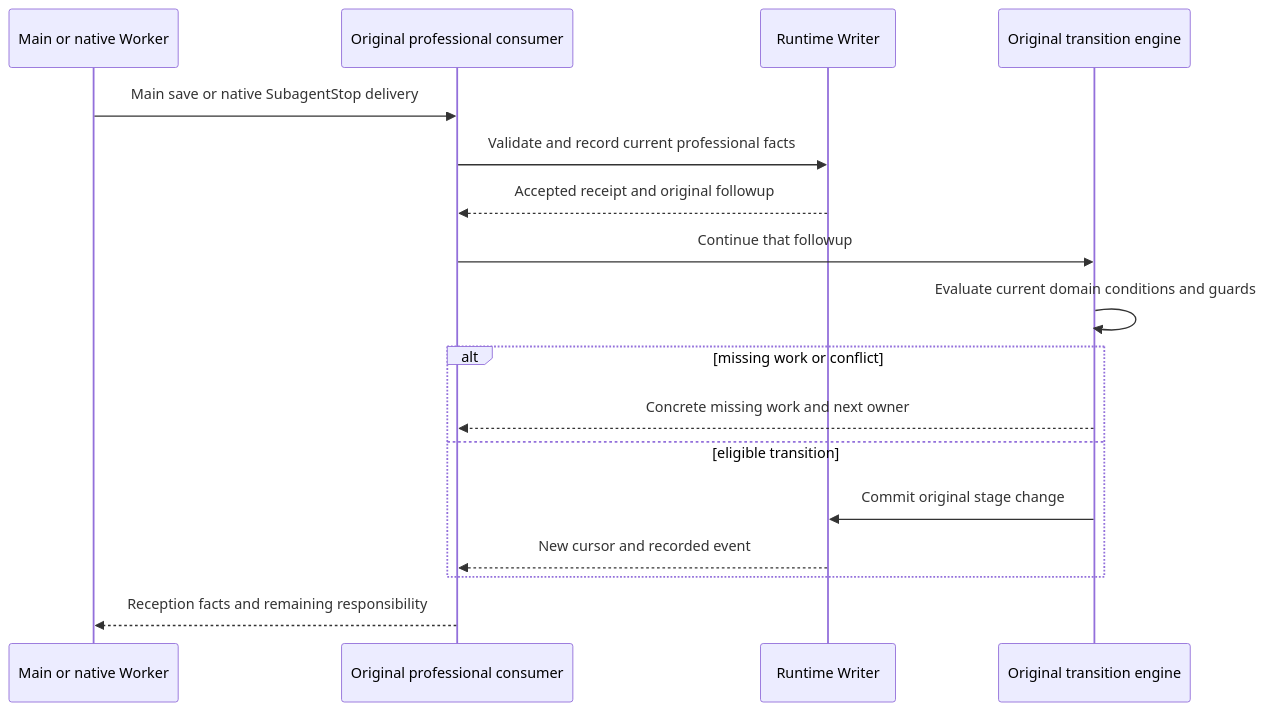
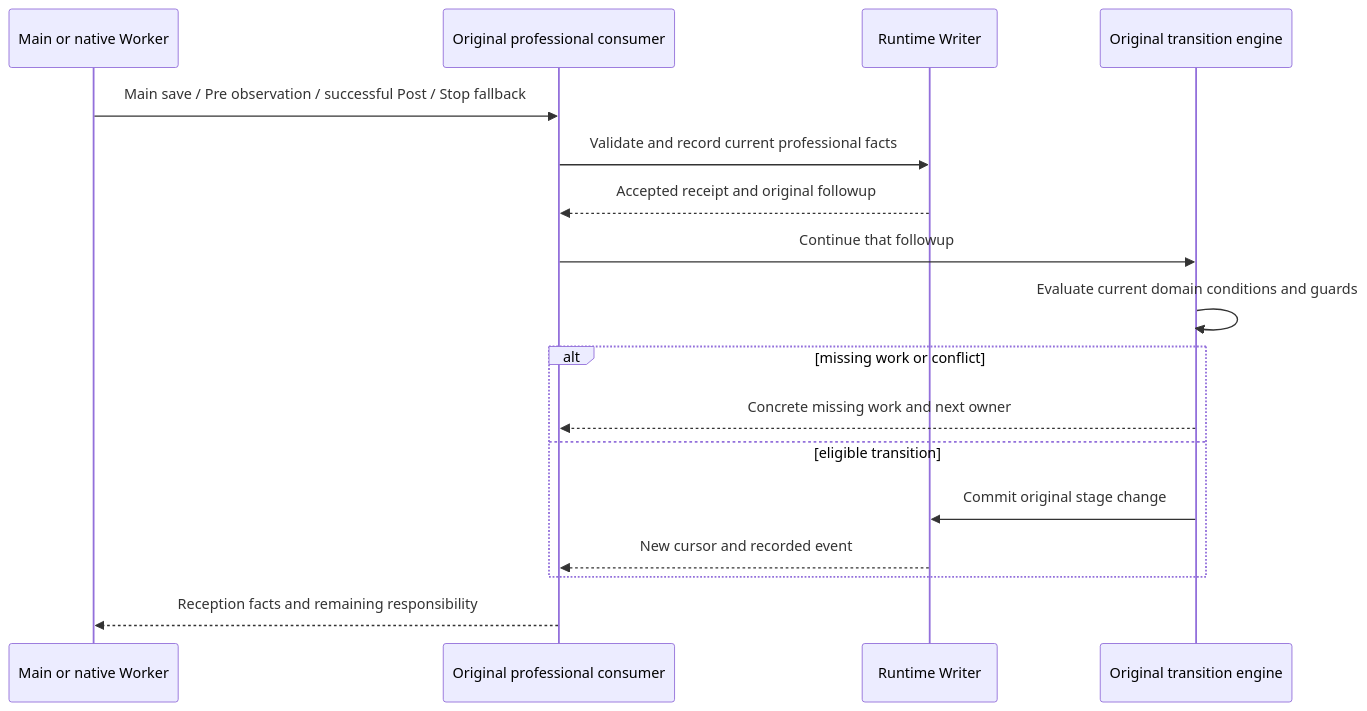
The sixth of 7 diagrams in docs/guides/engineering-loop.md (entroforge/go-system-builder), drawn with Mermaid before and after one commit. The commit also changed other lines of this file and 1694 other files, not shown here.

````diff
--- a/docs/guides/engineering-loop.md
+++ b/docs/guides/engineering-loop.md
@@ -418,19 +416,19 @@
 ```mermaid
 sequenceDiagram
     participant Author as Main or native Worker
     participant Consumer as Original professional consumer
     participant Writer as Runtime Writer
     participant Engine as Original transition engine
-    Author->>Consumer: Main save or native SubagentStop delivery
+    Author->>Consumer: Main save / Pre observation / successful Post / Stop fallback
     Consumer->>Writer: Validate and record current professional facts
     Writer-->>Consumer: Accepted receipt and original followup
     Consumer->>Engine: Continue that followup
     Engine->>Engine: Evaluate current domain conditions and guards
     alt missing work or conflict
         Engine-->>Consumer: Concrete missing work and next owner
     else eligible transition
         Engine->>Writer: Commit original stage change
         Writer-->>Consumer: New cursor and recorded event
     end
     Consumer-->>Author: Reception facts and remaining responsibility
 ```
````
